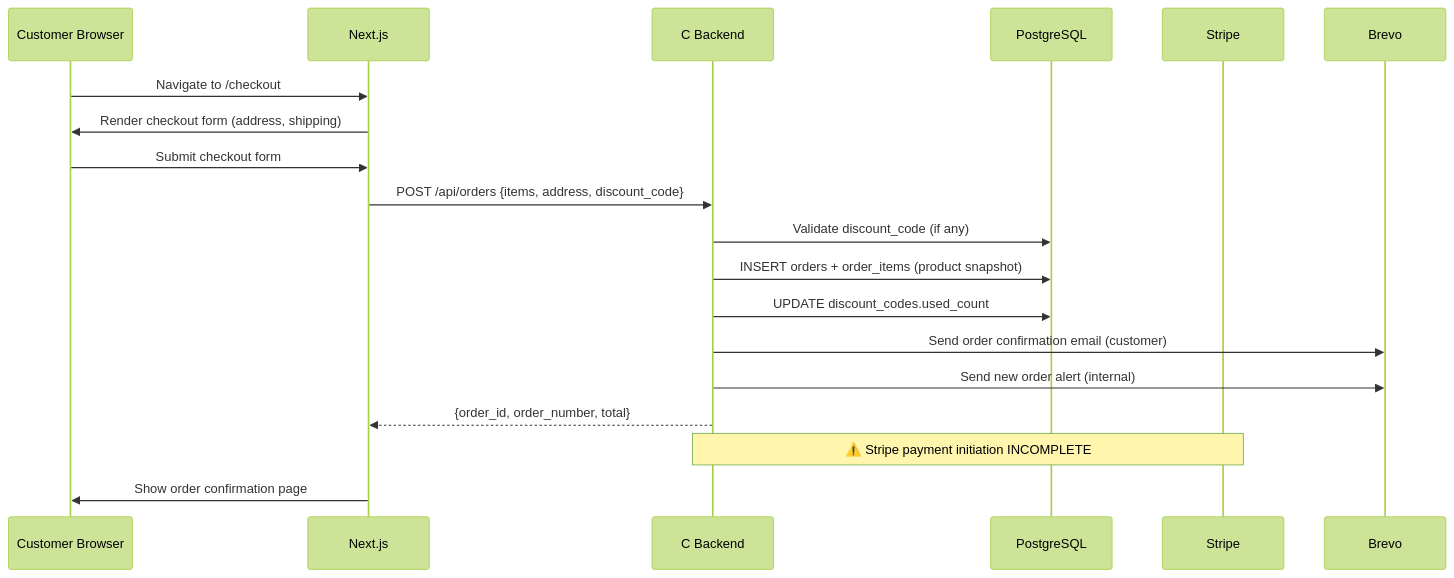
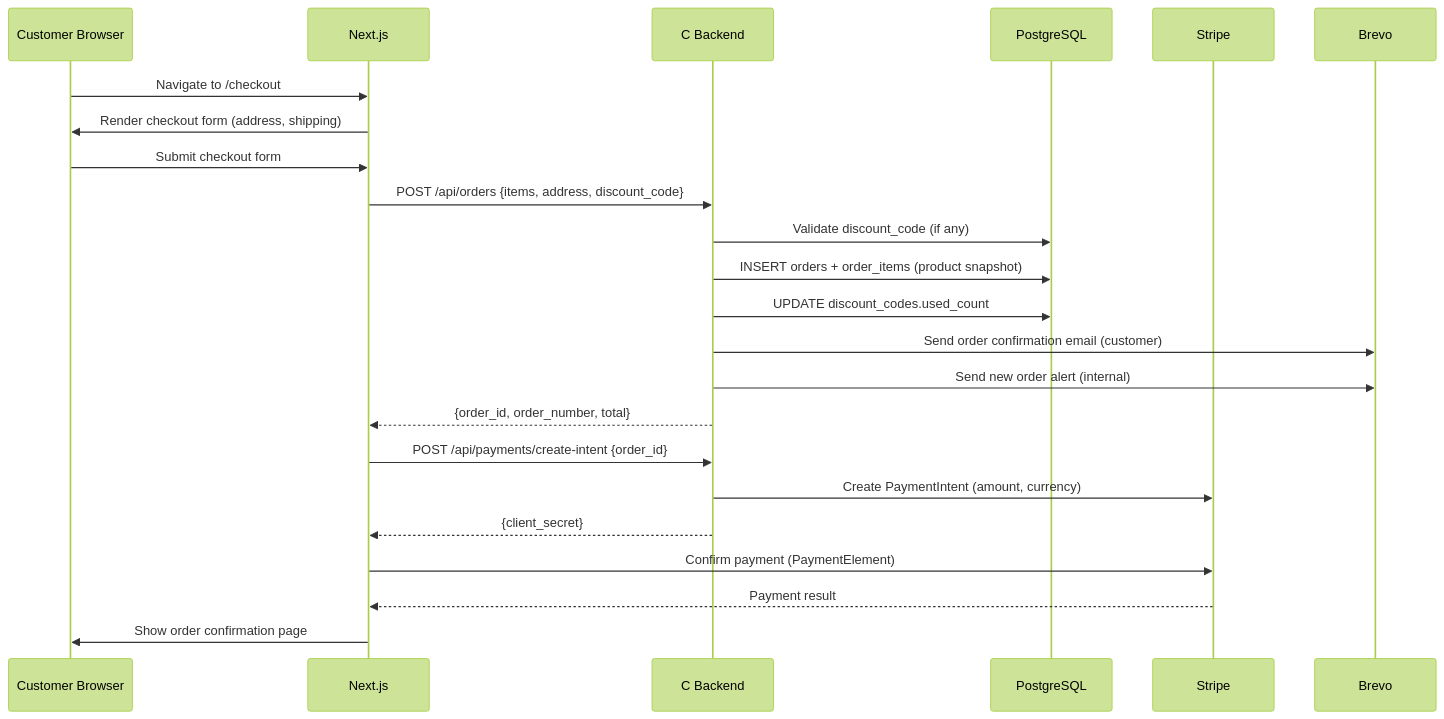
Before and after one commit to lucascoldebella/coldnb: the fourth of 7 diagrams in CODEBASE_ANALYSIS.md, drawn with Mermaid (forest theme). The commit also changed other lines of this file and 85 other files, not shown here.

````diff
--- a/CODEBASE_ANALYSIS.md
+++ b/CODEBASE_ANALYSIS.md
@@ -327,22 +337,26 @@
 ```mermaid
 sequenceDiagram
     participant C as Customer Browser
     participant FE as Next.js
     participant BE as C Backend
     participant DB as PostgreSQL
     participant S as Stripe
     participant B as Brevo
 
     C->>FE: Navigate to /checkout
     FE->>C: Render checkout form (address, shipping)
     C->>FE: Submit checkout form
     FE->>BE: POST /api/orders {items, address, discount_code}
     BE->>DB: Validate discount_code (if any)
     BE->>DB: INSERT orders + order_items (product snapshot)
     BE->>DB: UPDATE discount_codes.used_count
     BE->>B: Send order confirmation email (customer)
     BE->>B: Send new order alert (internal)
     BE-->>FE: {order_id, order_number, total}
-    Note over BE,S: ⚠️ Stripe payment initiation INCOMPLETE
+    FE->>BE: POST /api/payments/create-intent {order_id}
+    BE->>S: Create PaymentIntent (amount, currency)
+    BE-->>FE: {client_secret}
+    FE->>S: Confirm payment (PaymentElement)
+    S-->>FE: Payment result
     FE->>C: Show order confirmation page
 ```
````
